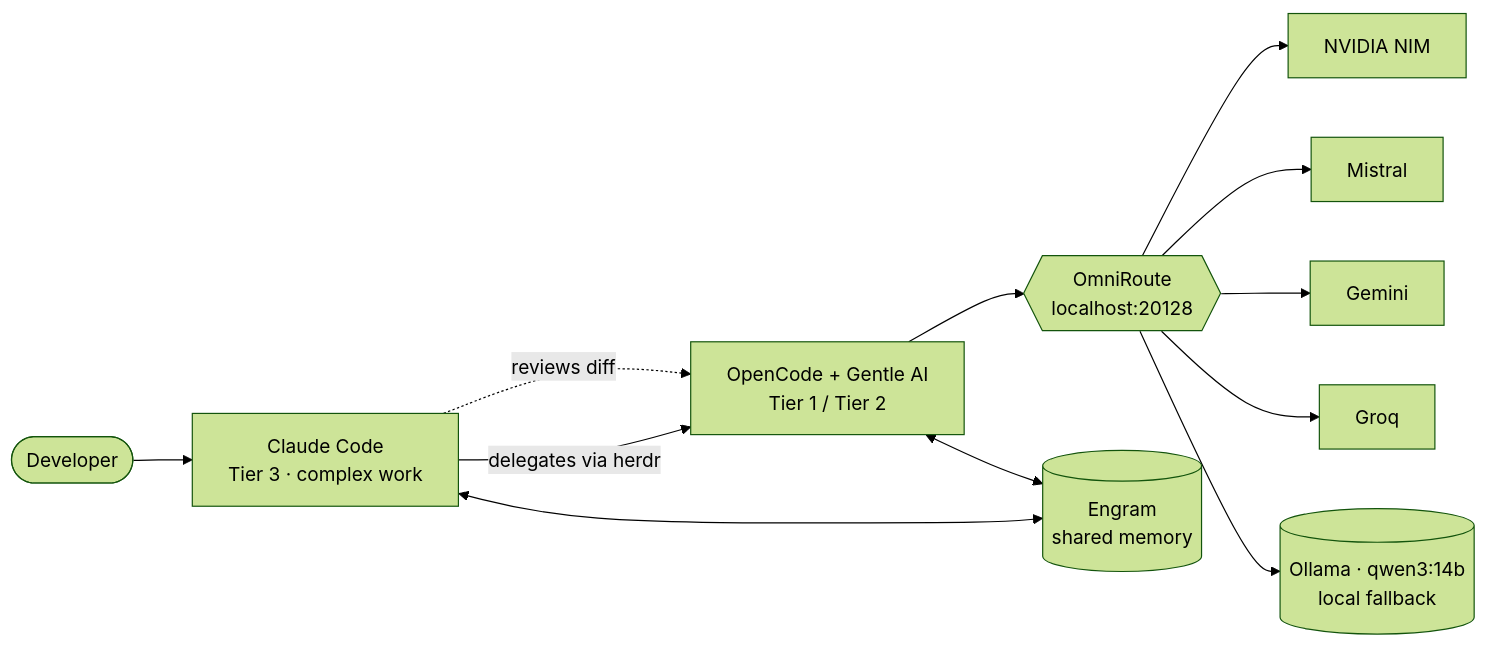
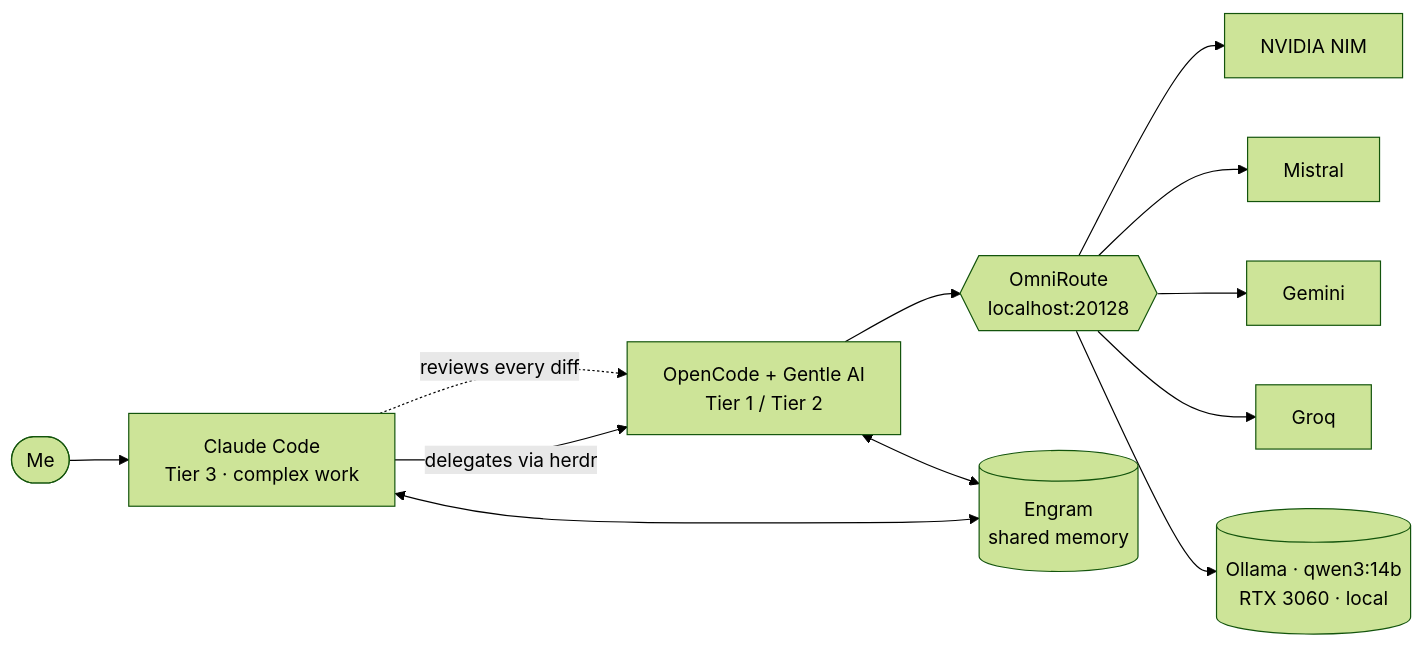
One commit to elvinlab/agentic-dev-setup changed the diagram in README.md. Above: the diagram before and after it, drawn with Mermaid (forest theme). The commit also changed other lines of this file and 8 other files, not shown here.

````diff
--- a/README.md
+++ b/README.md
@@ -18,14 +30,14 @@
 ```mermaid
 flowchart LR
-    U([Developer]) --> C[Claude Code<br/>Tier 3 · complex work]
+    U([Me]) --> C[Claude Code<br/>Tier 3 · complex work]
     C -- "delegates via herdr" --> O[OpenCode + Gentle AI<br/>Tier 1 / Tier 2]
     O --> R{{OmniRoute<br/>localhost:20128}}
     R --> N[NVIDIA NIM]
     R --> M[Mistral]
     R --> G[Gemini]
     R --> Q[Groq]
-    R --> L[(Ollama · qwen3:14b<br/>local fallback)]
+    R --> L[(Ollama · qwen3:14b<br/>RTX 3060 · local)]
     C <--> E[(Engram<br/>shared memory)]
     O <--> E
-    C -. "reviews diff" .-> O
+    C -. "reviews every diff" .-> O
 ```
````
